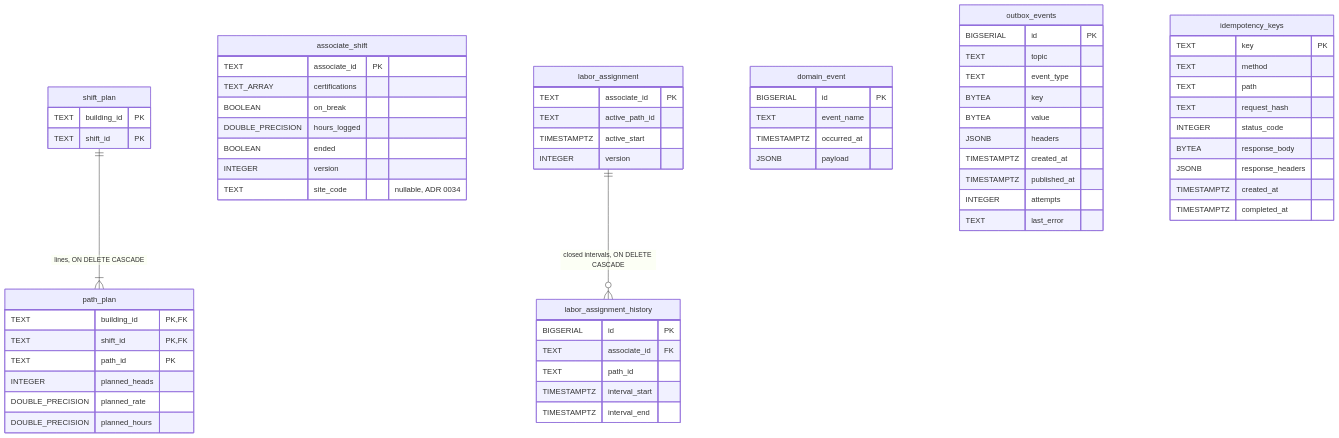
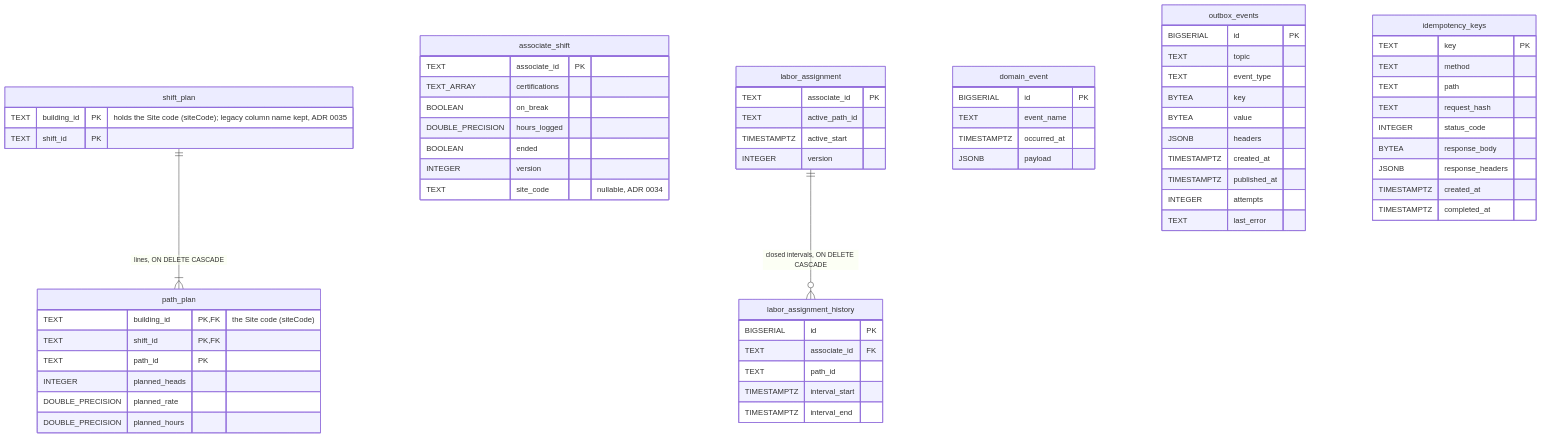
Before and after one commit to IQVO/warehouse-docs: the first of 2 diagrams in docs/contexts/workforce-management/entity-relationship.md, drawn with Mermaid. The commit also changed other lines of this file and 119 other files, not shown here.

````diff
--- a/docs/contexts/workforce-management/entity-relationship.md
+++ b/docs/contexts/workforce-management/entity-relationship.md
@@ -25,68 +25,68 @@
 ```mermaid
 erDiagram
     shift_plan {
-        TEXT building_id PK
+        TEXT building_id PK "holds the Site code (siteCode); legacy column name kept, ADR 0035"
         TEXT shift_id PK
     }
     path_plan {
-        TEXT building_id PK,FK
+        TEXT building_id PK,FK "the Site code (siteCode)"
         TEXT shift_id PK,FK
         TEXT path_id PK
         INTEGER planned_heads
         DOUBLE_PRECISION planned_rate
         DOUBLE_PRECISION planned_hours
     }
     associate_shift {
         TEXT associate_id PK
         TEXT_ARRAY certifications
         BOOLEAN on_break
         DOUBLE_PRECISION hours_logged
         BOOLEAN ended
         INTEGER version
         TEXT site_code "nullable, ADR 0034"
     }
     labor_assignment {
         TEXT associate_id PK
         TEXT active_path_id
         TIMESTAMPTZ active_start
         INTEGER version
     }
     labor_assignment_history {
         BIGSERIAL id PK
         TEXT associate_id FK
         TEXT path_id
         TIMESTAMPTZ interval_start
         TIMESTAMPTZ interval_end
     }
     domain_event {
         BIGSERIAL id PK
         TEXT event_name
         TIMESTAMPTZ occurred_at
         JSONB payload
     }
     outbox_events {
         BIGSERIAL id PK
         TEXT topic
         TEXT event_type
         BYTEA key
         BYTEA value
         JSONB headers
         TIMESTAMPTZ created_at
         TIMESTAMPTZ published_at
         INTEGER attempts
         TEXT last_error
     }
     idempotency_keys {
         TEXT key PK
         TEXT method
         TEXT path
         TEXT request_hash
         INTEGER status_code
         BYTEA response_body
         JSONB response_headers
         TIMESTAMPTZ created_at
         TIMESTAMPTZ completed_at
     }
     shift_plan ||--|{ path_plan : "lines, ON DELETE CASCADE"
     labor_assignment ||--o{ labor_assignment_history : "closed intervals, ON DELETE CASCADE"
 ```
````
